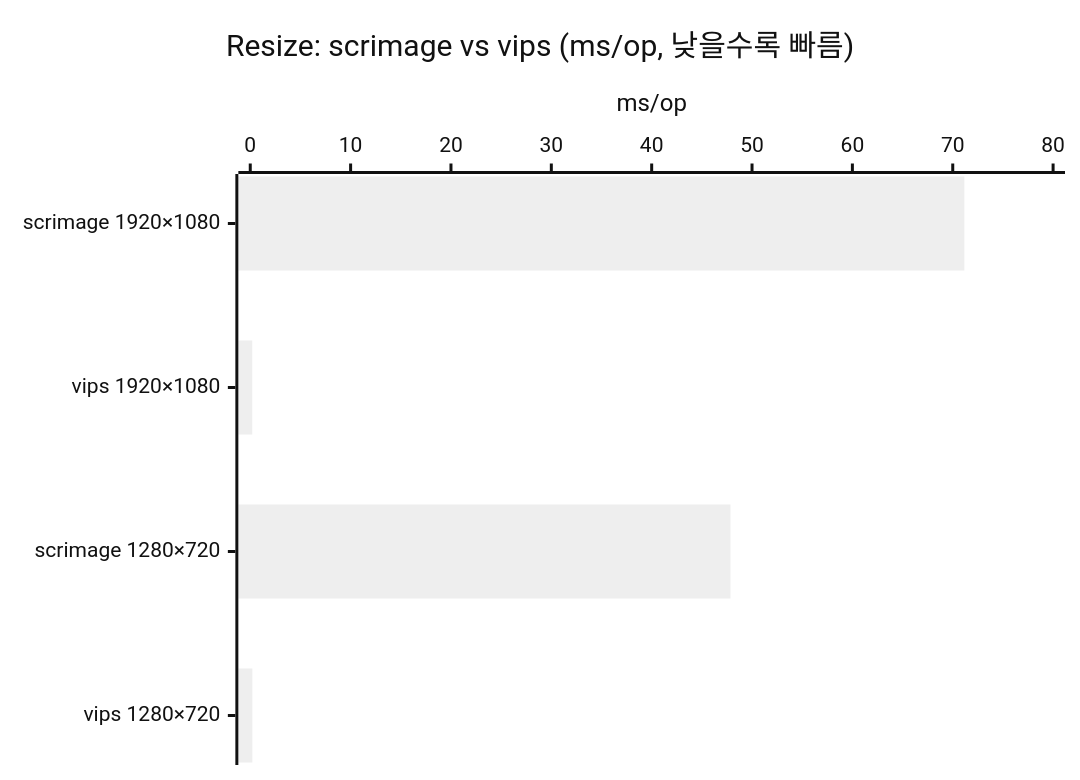
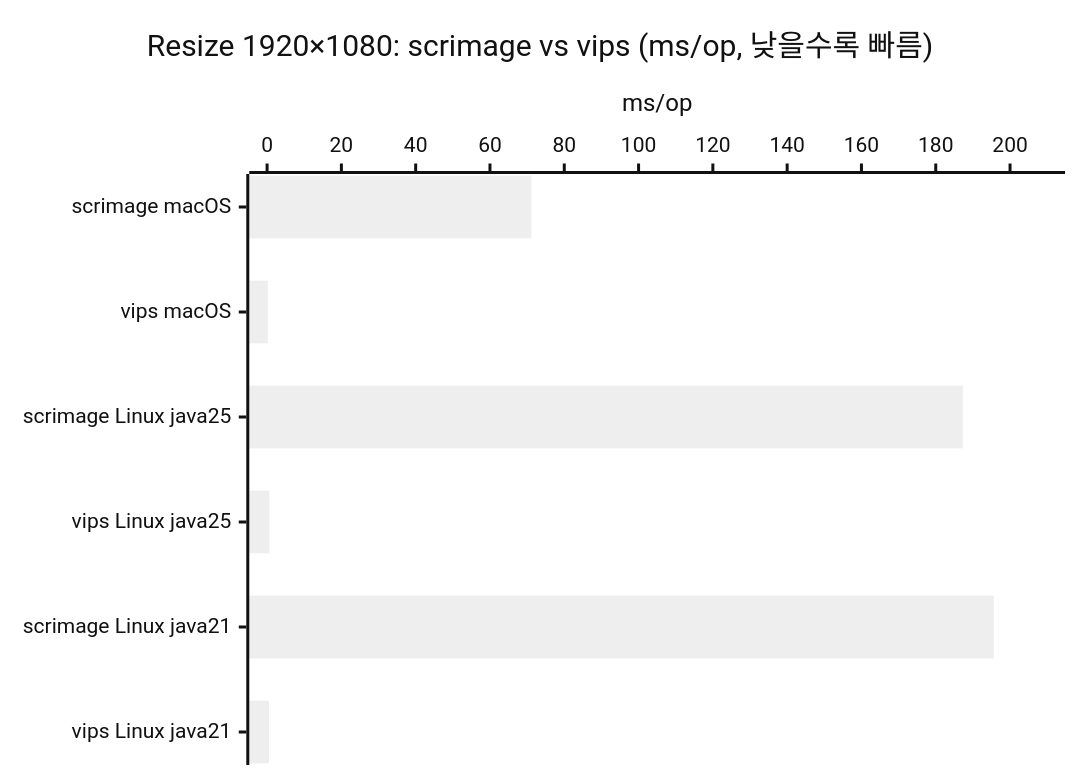
One commit to bluetape4k/bluetape4k-projects changed the second of 4 diagrams in images/images-benchmark/README.ko.md. Above: the diagram before and after it, drawn with Mermaid (neutral theme). The commit also changed other lines of this file and 4 other files, not shown here.

````diff
--- a/images/images-benchmark/README.ko.md
+++ b/images/images-benchmark/README.ko.md
@@ -50,7 +50,7 @@
 ```mermaid
 xychart-beta horizontal
-    title "Resize: scrimage vs vips (ms/op, 낮을수록 빠름)"
-    x-axis ["scrimage 1920×1080", "vips 1920×1080", "scrimage 1280×720", "vips 1280×720"]
-    y-axis "ms/op" 0 --> 80
-    bar [71.16, 0.20, 47.85, 0.21]
+    title "Resize 1920×1080: scrimage vs vips (ms/op, 낮을수록 빠름)"
+    x-axis ["scrimage macOS", "vips macOS", "scrimage Linux java25", "vips Linux java25", "scrimage Linux java21", "vips Linux java21"]
+    y-axis "ms/op" 0 --> 210
+    bar [71.16, 0.20, 187.29, 0.59, 195.63, 0.50]
 ```
````
